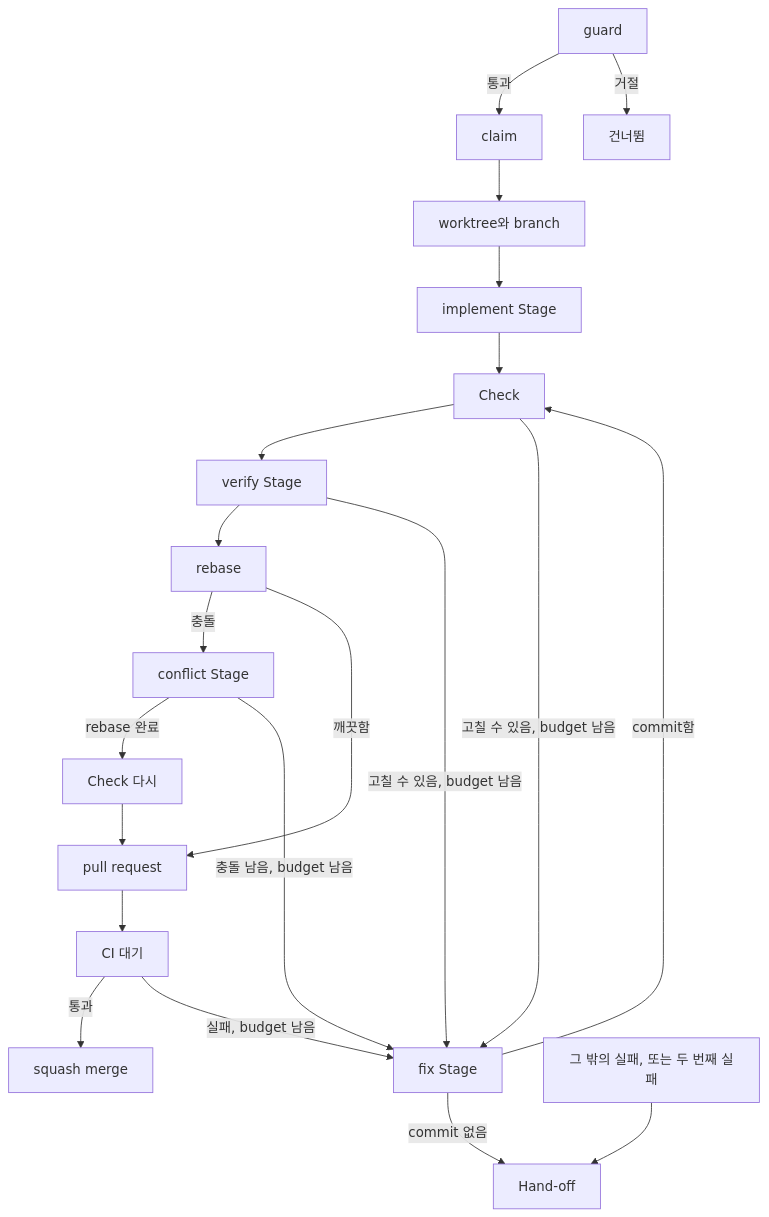
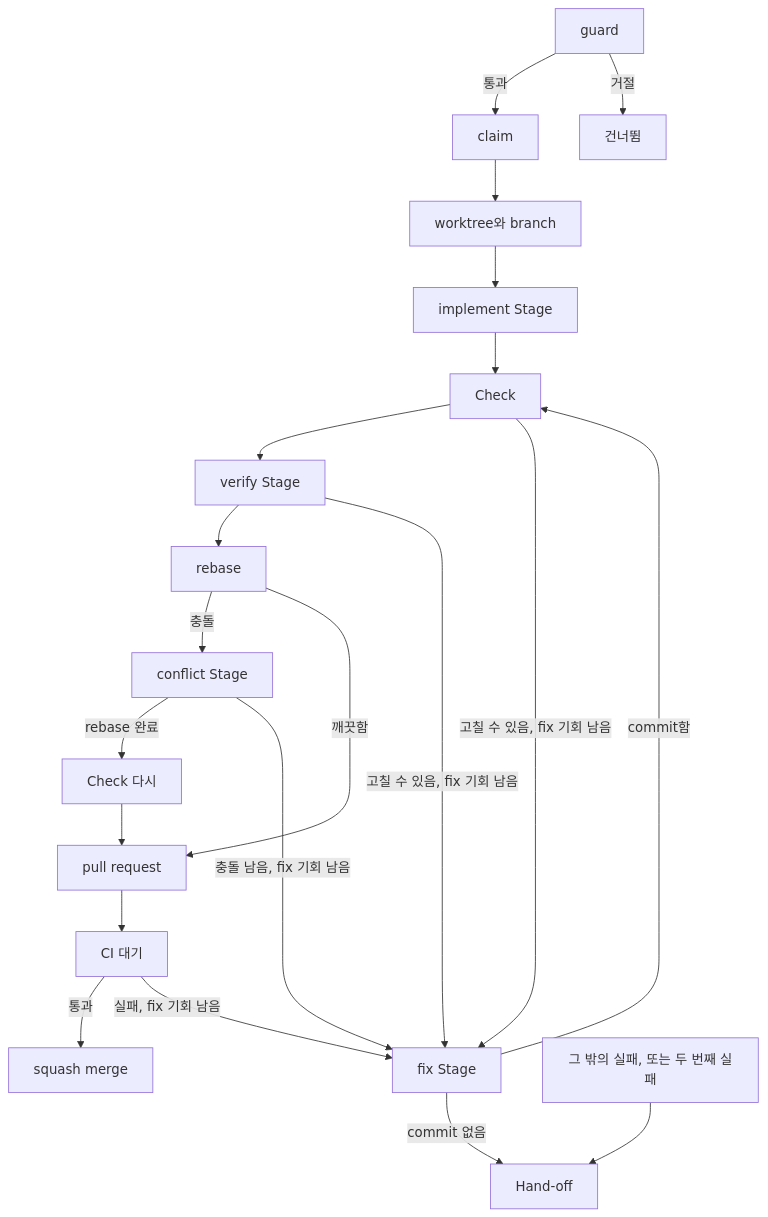
The first of 2 diagrams in wiki/ko/guide/ticket-to-merge.md (jjongs2/ticket-runner), drawn with Mermaid before and after one commit. The commit also changed other lines of this file and 2 other files, not shown here.

Commit message:
docs(wiki): lowercase the dropped words on the stopping-and-resuming page
Claude-Session: https://claude.ai/code/session_018yTBwhqBEzeed1yHPn5gvY

````diff
--- a/wiki/ko/guide/ticket-to-merge.md
+++ b/wiki/ko/guide/ticket-to-merge.md
@@ -23,23 +23,23 @@
 ```mermaid
 flowchart TD
     G["guard"] -->|통과| C["claim"]
     G -->|거절| S["건너뜀"]
     C --> W["worktree와 branch"]
     W --> I["implement Stage"]
     I --> K["Check"]
     K --> V["verify Stage"]
     V --> R["rebase"]
     R -->|충돌| X["conflict Stage"]
     X -->|rebase 완료| K2["Check 다시"]
     R -->|깨끗함| P["pull request"]
     K2 --> P
     P --> CI["CI 대기"]
     CI -->|통과| M["squash merge"]
-    K -->|"고칠 수 있음, budget 남음"| F["fix Stage"]
-    V -->|"고칠 수 있음, budget 남음"| F
-    X -->|"충돌 남음, budget 남음"| F
-    CI -->|"실패, budget 남음"| F
+    K -->|"고칠 수 있음, fix 기회 남음"| F["fix Stage"]
+    V -->|"고칠 수 있음, fix 기회 남음"| F
+    X -->|"충돌 남음, fix 기회 남음"| F
+    CI -->|"실패, fix 기회 남음"| F
     F -->|commit함| K
     F -->|commit 없음| H["Hand-off"]
     O["그 밖의 실패, 또는 두 번째 실패"] --> H
 ```
````
